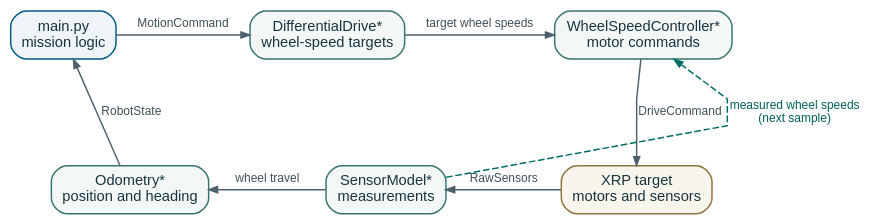
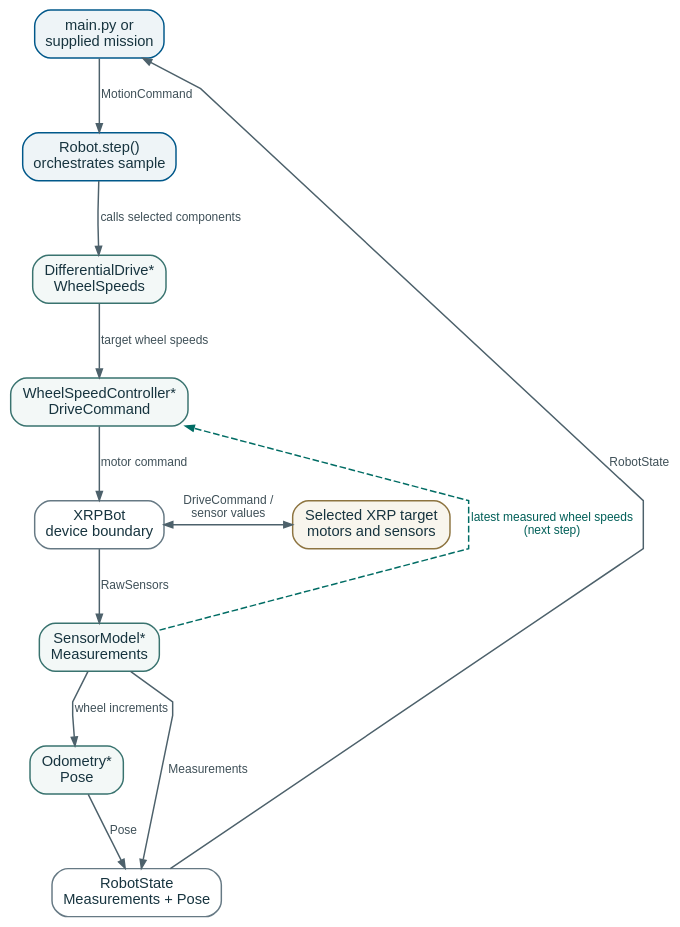
The diagram in docs/diagrams/control-cycle.dot (yonvisell/ucsbxrp), drawn with Graphviz before and after one commit. The commit also changed 89 other files, not shown here.

```diff
--- a/docs/diagrams/control-cycle.dot
+++ b/docs/diagrams/control-cycle.dot
@@ -1,55 +1,61 @@
 digraph ControlCycle {
   graph [
     bgcolor="transparent",
     fontname="Arial",
-    nodesep=0.42,
+    nodesep=0.38,
     pad=0.08,
     rankdir=TB,
-    ranksep=0.82,
+    ranksep=0.62,
     splines=polyline
   ];
   node [
     color="#667984",
     fillcolor="#ffffff",
     fontcolor="#17343f",
     fontname="Arial",
     fontsize=11,
     margin="0.12,0.08",
     penwidth=1.1,
     shape=box,
     style="rounded,filled"
   ];
   edge [
     arrowsize=0.65,
     color="#4d616b",
     fontcolor="#3f5058",
     fontname="Arial",
     fontsize=9,
     penwidth=1.1
   ];
 
-  main [label="main.py\nmission logic", color="#00588a", fillcolor="#eef4f7", group="left"];
-  drive [label="DifferentialDrive*\nwheel-speed targets", color="#39736f", fillcolor="#f3f8f7", group="center"];
-  controller [label="WheelSpeedController*\nmotor commands", color="#39736f", fillcolor="#f3f8f7", group="right"];
-  target [label="XRP target\nmotors and sensors", color="#8d7440", fillcolor="#f8f5ed", group="right"];
-  sensor [label="SensorModel*\nmeasurements", color="#39736f", fillcolor="#f3f8f7", group="center"];
-  odometry [label="Odometry*\nposition and heading", color="#39736f", fillcolor="#f3f8f7", group="left"];
+  main [label="main.py or\nsupplied mission", color="#00588a", fillcolor="#eef4f7"];
+  robot [label="Robot.step()\norchestrates sample", color="#00588a", fillcolor="#eef4f7"];
+  target [label="Selected XRP target\nmotors and sensors", color="#8d7440", fillcolor="#f8f5ed"];
 
-  { rank=same; main; drive; controller; }
-  { rank=same; odometry; sensor; target; }
+  drive [label="DifferentialDrive*\nWheelSpeeds", color="#39736f", fillcolor="#f3f8f7"];
+  controller [label="WheelSpeedController*\nDriveCommand", color="#39736f", fillcolor="#f3f8f7"];
+  bot [label="XRPBot\ndevice boundary", color="#667984", fillcolor="#ffffff"];
+  sensor [label="SensorModel*\nMeasurements", color="#39736f", fillcolor="#f3f8f7"];
+  odometry [label="Odometry*\nPose", color="#39736f", fillcolor="#f3f8f7"];
+  state [label="RobotState\nMeasurements + Pose", color="#667984", fillcolor="#ffffff"];
 
-  main -> drive [label="MotionCommand"];
+  { rank=same; bot; target; }
+
+  main -> robot [label="MotionCommand"];
+  robot -> drive [label="calls selected components"];
   drive -> controller [label="target wheel speeds"];
-  controller -> target [label="DriveCommand"];
-  odometry -> sensor -> target [style=invis, weight=100];
-  target -> sensor [label="RawSensors", constraint=false];
-  sensor -> odometry [label="wheel travel", constraint=false];
-  odometry -> main [label="RobotState"];
+  controller -> bot [label="motor command"];
+  bot -> target [label="DriveCommand /\nsensor values", dir=both];
+  bot -> sensor [label="RawSensors"];
+  sensor -> odometry [label="wheel increments"];
+  sensor -> state [label="Measurements"];
+  odometry -> state [label="Pose"];
+  state -> main [label="RobotState", constraint=false];
   sensor -> controller [
-    label="measured wheel speeds\n(next sample)",
+    label="latest measured wheel speeds\n(next step)",
     color="#006c64",
     fontcolor="#005f58",
     style=dashed,
     constraint=false
   ];
 }
```
